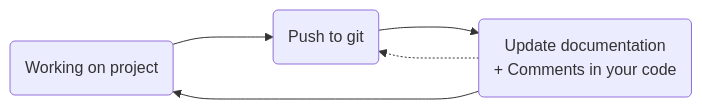
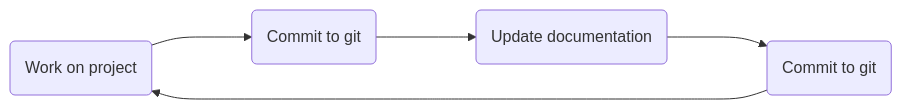
The diagram in README.md (BioMeDS/onboarding-base-module), drawn with Mermaid before and after one commit.

Commit message:
Update flow diagram

````diff
--- a/README.md
+++ b/README.md
@@ -19,7 +19,7 @@
 ```mermaid
-    graph LR
-        id1(Working on project) ---> id2(Push to git)
-        id2 ---> id3(Update documentation\n+ Comments in your code)
-        id3 ---> id1
-        id3 -.-> id2
+    graph LR;
+        id1(Work on project) ---> id2(Commit to git)
+        id2 ---> id3(Update documentation)
+        id3 ---> id4(Commit to git)
+        id4 ---> id1
 ```
````
